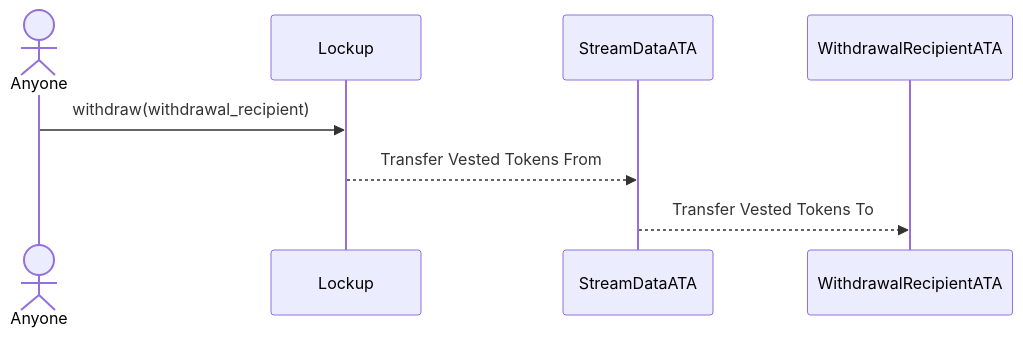
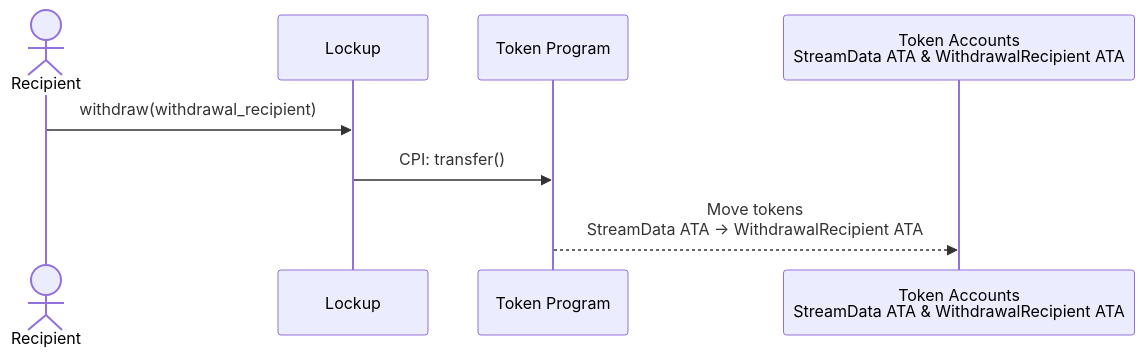
The tenth of 10 diagrams in docs/solana/accounts-architecture/01-lockup.md (sablier-labs/docs), drawn with Mermaid before and after one commit. The commit also changed other lines of this file and 1 other file, not shown here.

Commit message:
improve token diagrams

````diff
--- a/docs/solana/accounts-architecture/01-lockup.md
+++ b/docs/solana/accounts-architecture/01-lockup.md
@@ -157,8 +163,11 @@
 ```mermaid
 sequenceDiagram
-    actor Anyone
+    actor Recipient
+    participant Lockup
+    participant TokenProgram as Token Program
+    participant Accounts as Token Accounts<br/> StreamData ATA & WithdrawalRecipient ATA
 
-    Anyone->>Lockup: withdraw(withdrawal_recipient)
-    Lockup -->> StreamDataATA: Transfer Vested Tokens From
-    StreamDataATA -->> WithdrawalRecipientATA: Transfer Vested Tokens To
+    Recipient->>Lockup: withdraw(withdrawal_recipient)
+    Lockup->>TokenProgram: CPI: transfer()
+    TokenProgram -->> Accounts: Move tokens<br/> StreamData ATA → WithdrawalRecipient ATA
 ```
````
